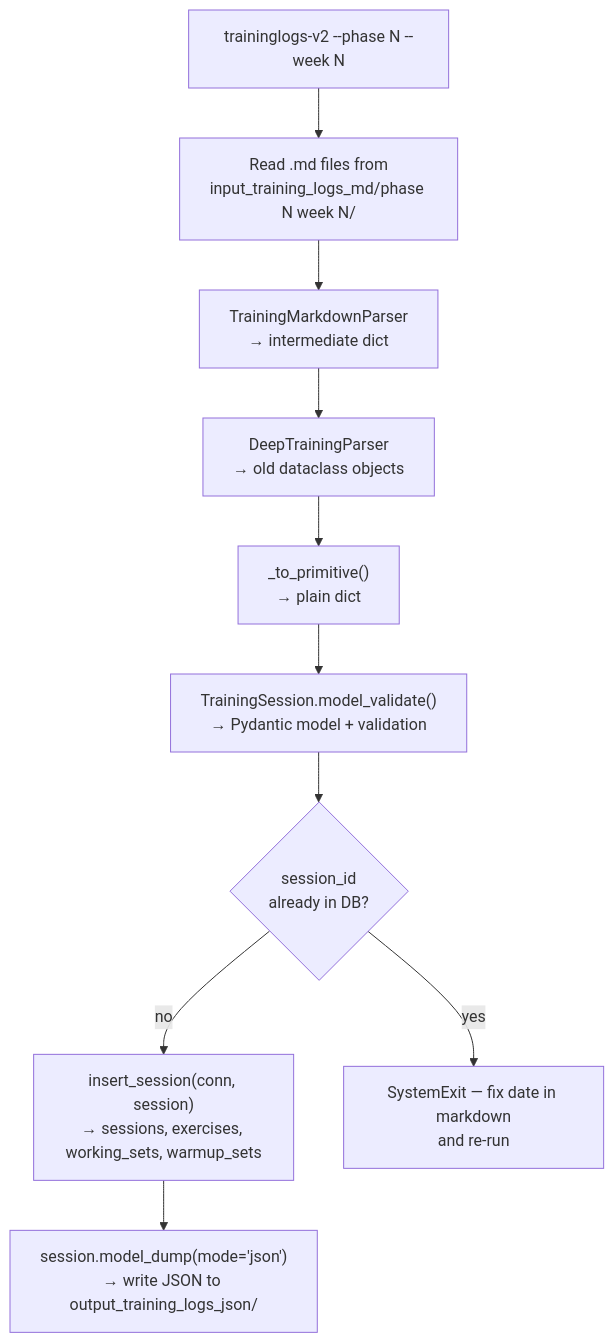
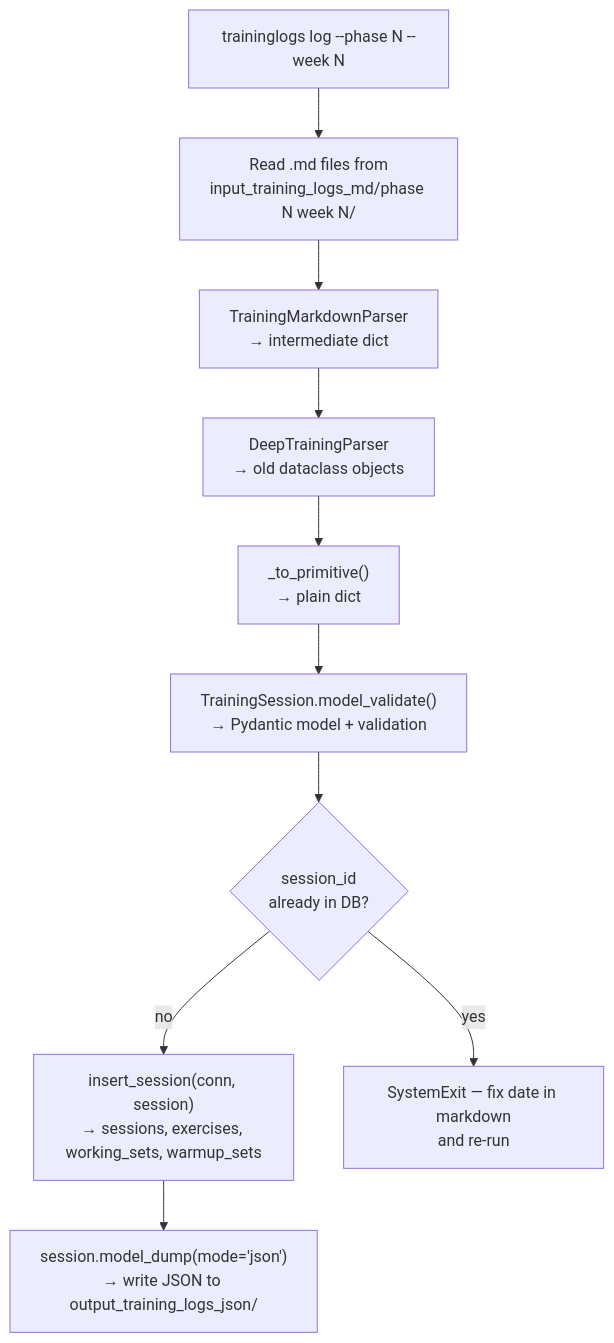
Before and after one commit to apoorvasharma007/traininglogs: the second of 3 diagrams in docs/architecture.md, drawn with Mermaid. The commit also changed other lines of this file and 15 other files, not shown here.

````diff
--- a/docs/architecture.md
+++ b/docs/architecture.md
@@ -56,17 +56,17 @@
 ```mermaid
 flowchart TD
-    A["traininglogs-v2 --phase N --week N"]
+    A["traininglogs log --phase N --week N"]
     B["Read .md files from\ninput_training_logs_md/phase N week N/"]
     C["TrainingMarkdownParser\n→ intermediate dict"]
     D["DeepTrainingParser\n→ old dataclass objects"]
     E["_to_primitive()\n→ plain dict"]
     F["TrainingSession.model_validate()\n→ Pydantic model + validation"]
     G{session_id\nalready in DB?}
     H["insert_session(conn, session)\n→ sessions, exercises, working_sets, warmup_sets"]
     I["session.model_dump(mode='json')\n→ write JSON to output_training_logs_json/"]
     ERR["SystemExit — fix date in markdown\nand re-run"]
 
     A --> B --> C --> D --> E --> F --> G
     G -- yes --> ERR
     G -- no --> H --> I
 ```
````
